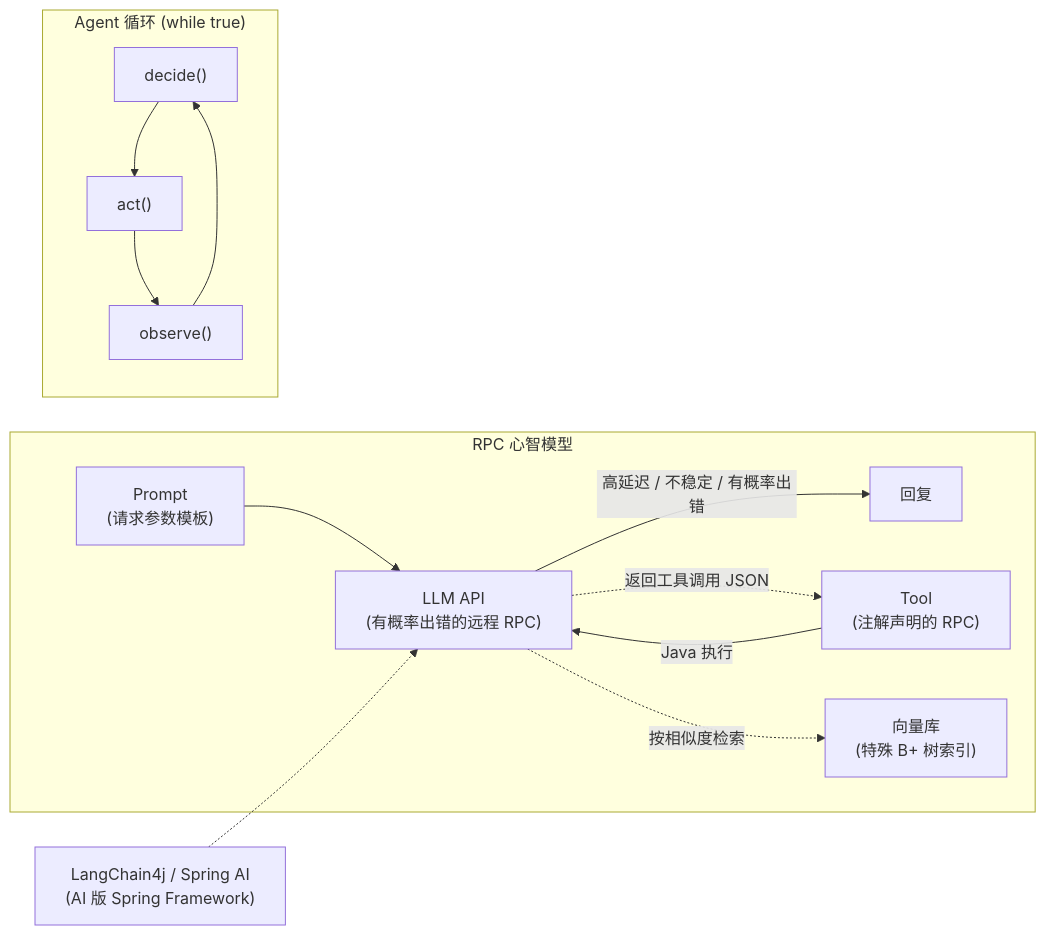
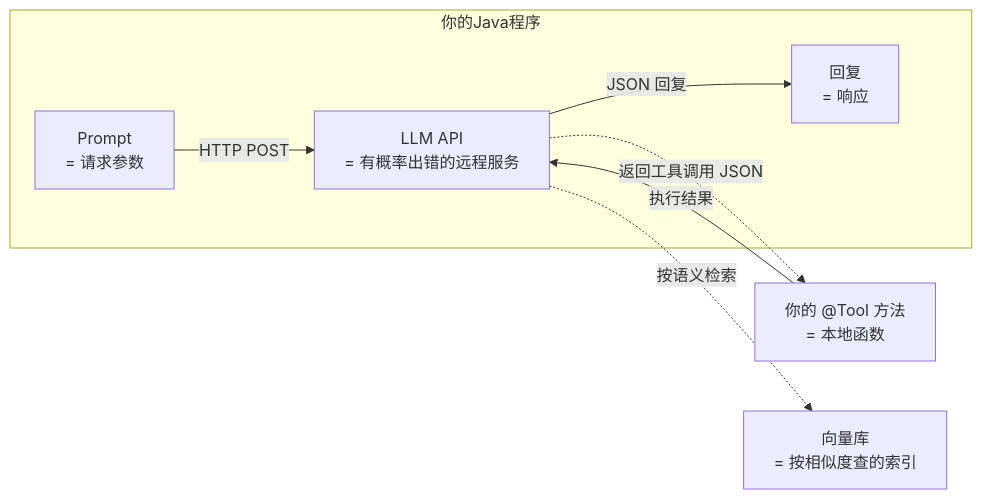
One commit to UranusGit/java-agent-learn changed the third of 3 diagrams in docs/00-README.md. Above: the diagram before and after it, drawn with Mermaid. The commit also changed other lines of this file and 1 other file, not shown here.

````diff
--- a/docs/00-README.md
+++ b/docs/00-README.md
@@ -101,16 +113,10 @@
 ```mermaid
 flowchart LR
-    subgraph RPC["RPC 心智模型"]
-        Prompt["Prompt<br/>(请求参数模板)"] --> LLM["LLM API<br/>(有概率出错的远程 RPC)"]
-        LLM -->|"高延迟 / 不稳定 / 有概率出错"| Reply["回复"]
-        LLM -.->|"返回工具调用 JSON"| Tool["Tool<br/>(注解声明的 RPC)"]
-        Tool -->|"Java 执行"| LLM
-        LLM -.->|"按相似度检索"| VecDB["向量库<br/>(特殊 B+ 树索引)"]
+    subgraph 你的Java程序
+        Prompt["Prompt<br/>= 请求参数"] -->|"HTTP POST"| LLM
+        LLM["LLM API<br/>= 有概率出错的远程服务"] -->|"JSON 回复"| Reply["回复<br/>= 响应"]
     end
-    subgraph AGENT["Agent 循环 (while true)"]
-        D["decide()"] --> A["act()"]
-        A --> O["observe()"]
-        O --> D
-    end
-    FW["LangChain4j / Spring AI<br/>(AI 版 Spring Framework)"] -.-> LLM
+    LLM -.->|"返回工具调用 JSON"| Tool["你的 @Tool 方法<br/>= 本地函数"]
+    Tool -->|"执行结果"| LLM
+    LLM -.->|"按语义检索"| VecDB["向量库<br/>= 按相似度查的索引"]
 ```
````
